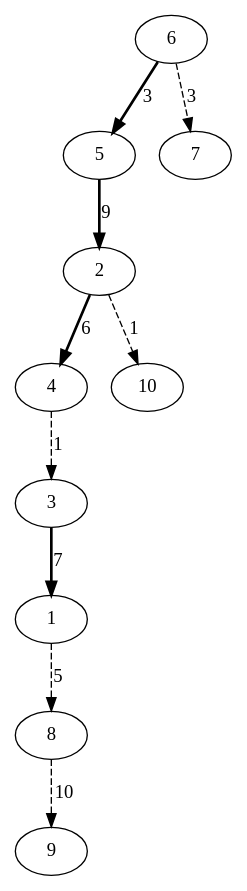
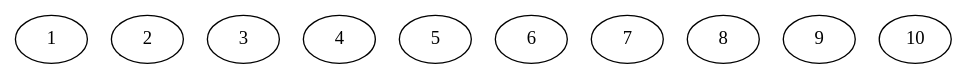
Before and after one commit to Musab1Blaser/DynamicTrees_NF: the diagram in ST-Tree/src/combined_graph.dot, drawn with Graphviz. The commit also changed 3 other files, not shown here.

```diff
--- a/ST-Tree/src/combined_graph.dot
+++ b/ST-Tree/src/combined_graph.dot
@@ -1,21 +1,12 @@
 digraph G {
-6 -> 5 [style=bold, label=3];
-5 -> 2 [style=bold, label=9];
-2 -> 4 [style=bold, label=6];
-3 -> 1 [style=bold, label=7];
-4 -> 3 [style=dashed, label=1];
-6 -> 7 [style=dashed, label=3];
-1 -> 8 [style=dashed, label=5];
-8 -> 9 [style=dashed, label=10];
-2 -> 10 [style=dashed, label=1];
 1; 
 2; 
 3; 
 4; 
 5; 
 6; 
 7; 
 8; 
 9; 
 10; 
 }
```
